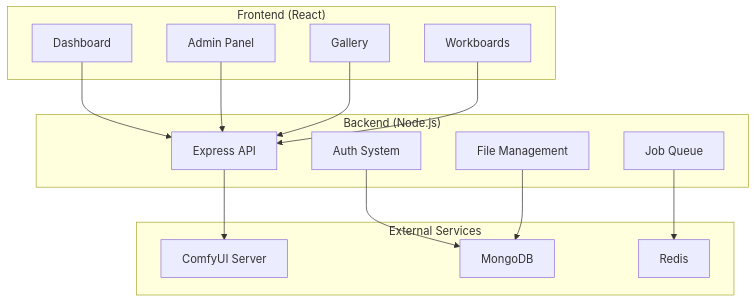
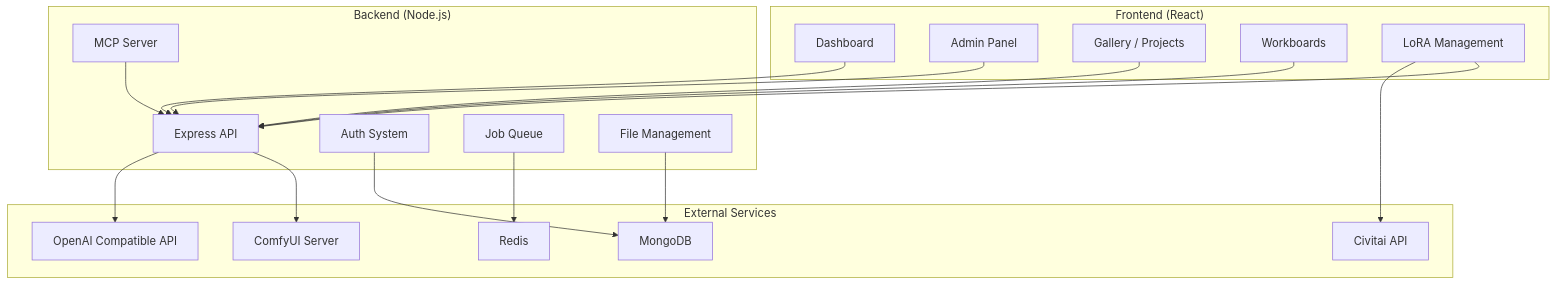
Before and after one commit to iceemperor-gcempire/vcc-manager: the diagram in README.md, drawn with Mermaid. The commit also changed other lines of this file, not shown here.

````diff
--- a/README.md
+++ b/README.md
@@ -84,32 +92,40 @@
 ```mermaid
 graph TB
     subgraph "Frontend (React)"
         A[Dashboard]
         B[Admin Panel]
-        C[Gallery]
+        C[Gallery / Projects]
         D[Workboards]
+        E[LoRA Management]
     end
-    
+
     subgraph "Backend (Node.js)"
-        E[Express API]
-        F[Auth System]
-        G[Job Queue]
-        H[File Management]
+        F[Express API]
+        G[Auth System]
+        H[Job Queue]
+        I[File Management]
+        J[MCP Server]
     end
-    
+
     subgraph "External Services"
-        I[ComfyUI Server]
-        J[MongoDB]
-        K[Redis]
+        K[ComfyUI Server]
+        L[OpenAI Compatible API]
+        M[MongoDB]
+        N[Redis]
+        O[Civitai API]
     end
-    
-    A --> E
-    B --> E
-    C --> E
-    D --> E
-    
-    E --> I
-    F --> J
-    G --> K
-    H --> J
+
+    A --> F
+    B --> F
+    C --> F
+    D --> F
+    E --> F
+
+    F --> K
+    F --> L
+    G --> M
+    H --> N
+    I --> M
+    J --> F
+    E --> O
 ```
````
